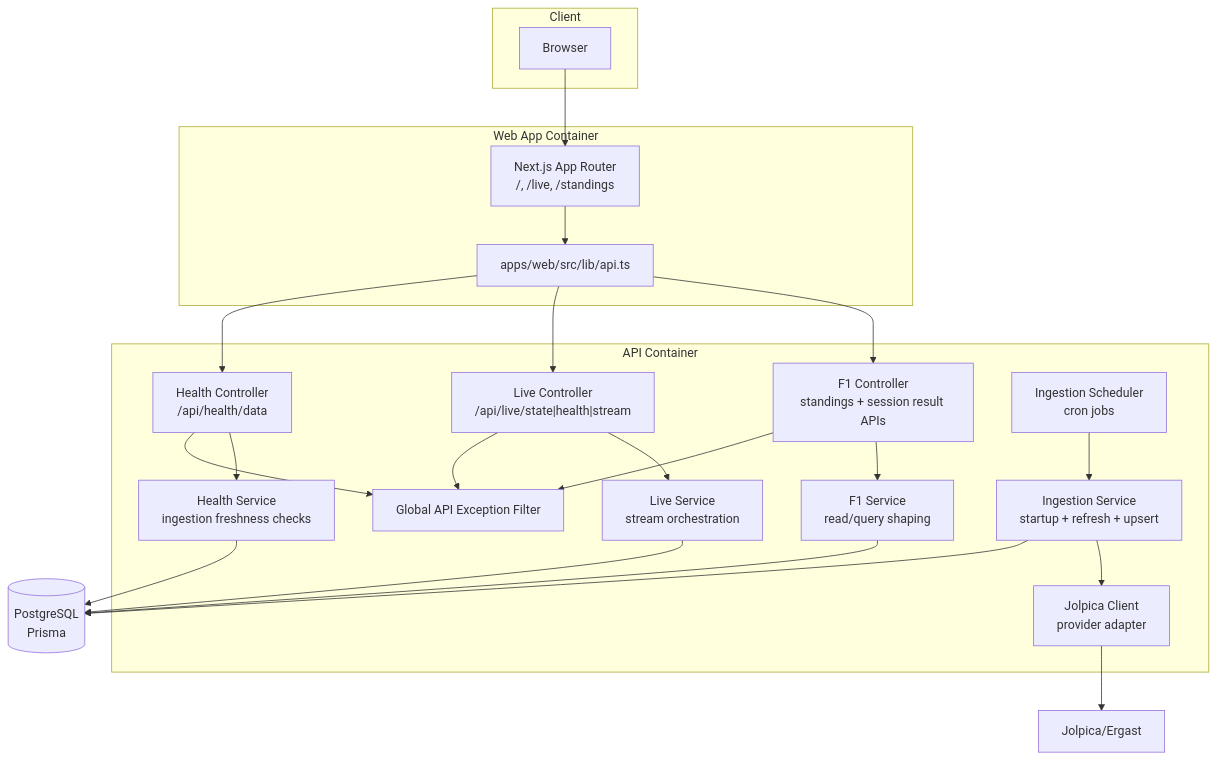
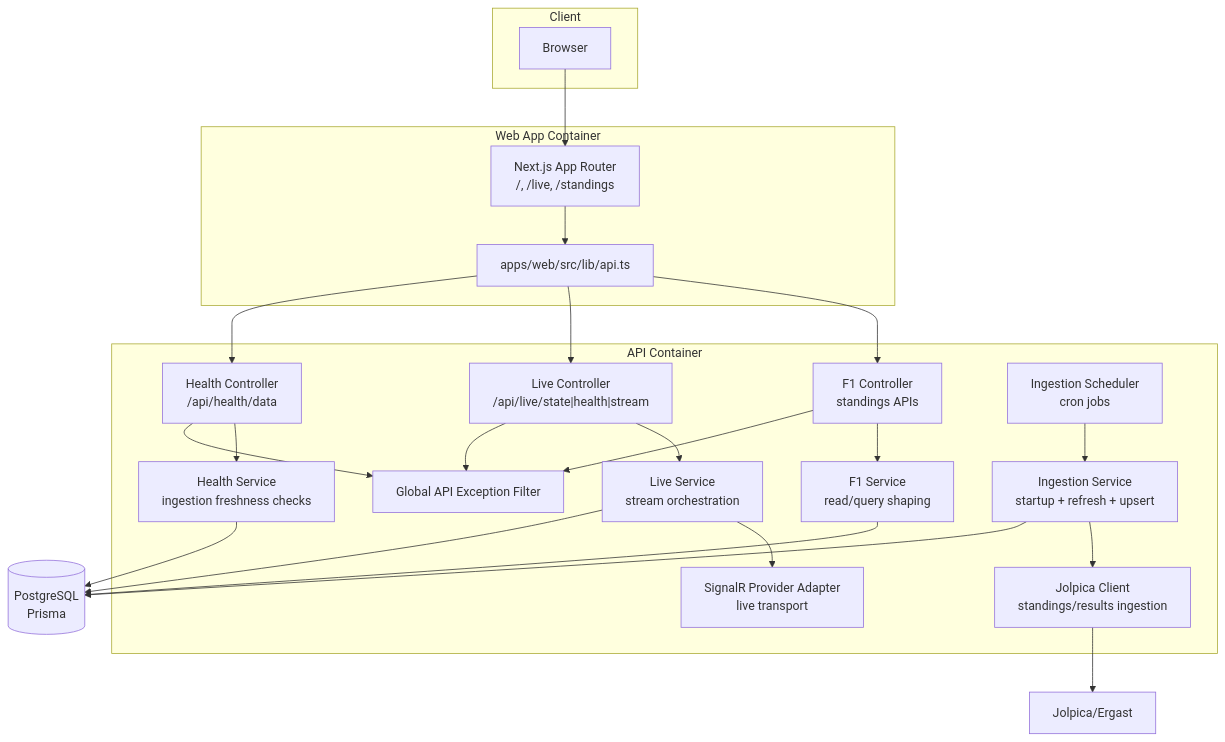
One commit to wocampodev/f1-vibetiming changed the diagram in docs/architecture/02-container-view.md. Above: the diagram before and after it, drawn with Mermaid. The commit also changed 32 other files, not shown here.

Commit message:
feat(live): switch to provider-first SignalR runtime

````diff
--- a/docs/architecture/02-container-view.md
+++ b/docs/architecture/02-container-view.md
@@ -5,49 +5,51 @@
 ```mermaid
 flowchart TB
   subgraph Client
     browser["Browser"]
   end
 
   subgraph Web["Web App Container"]
     webRoutes["Next.js App Router<br/>/, /live, /standings"]
     webApiClient["apps/web/src/lib/api.ts"]
   end
 
   subgraph Api["API Container"]
-    f1Controller["F1 Controller<br/>standings + session result APIs"]
+    f1Controller["F1 Controller<br/>standings APIs"]
     liveController["Live Controller<br/>/api/live/state|health|stream"]
     healthController["Health Controller<br/>/api/health/data"]
     f1Service["F1 Service<br/>read/query shaping"]
     liveService["Live Service<br/>stream orchestration"]
     healthService["Health Service<br/>ingestion freshness checks"]
     ingestionScheduler["Ingestion Scheduler<br/>cron jobs"]
     ingestionService["Ingestion Service<br/>startup + refresh + upsert"]
-    jolpicaClient["Jolpica Client<br/>provider adapter"]
+    jolpicaClient["Jolpica Client<br/>standings/results ingestion"]
+    signalrProvider["SignalR Provider Adapter<br/>live transport"]
     exceptionFilter["Global API Exception Filter"]
   end
 
   db[("PostgreSQL<br/>Prisma")]
   provider["Jolpica/Ergast"]
 
   browser --> webRoutes
   webRoutes --> webApiClient
   webApiClient --> f1Controller
   webApiClient --> liveController
   webApiClient --> healthController
 
   f1Controller --> f1Service
   liveController --> liveService
+  liveService --> signalrProvider
   healthController --> healthService
   f1Service --> db
   liveService --> db
   healthService --> db
 
   ingestionScheduler --> ingestionService
   ingestionService --> jolpicaClient
   ingestionService --> db
   jolpicaClient --> provider
 
   f1Controller --> exceptionFilter
   liveController --> exceptionFilter
   healthController --> exceptionFilter
 ```
````
